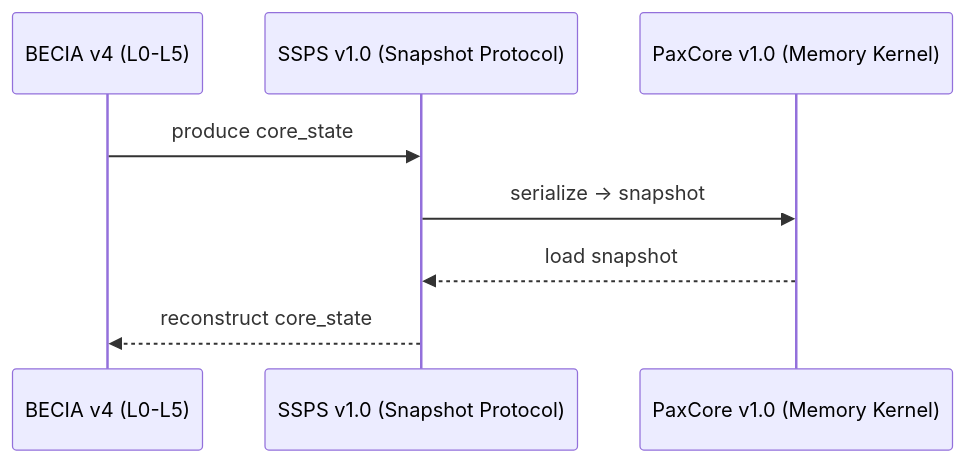
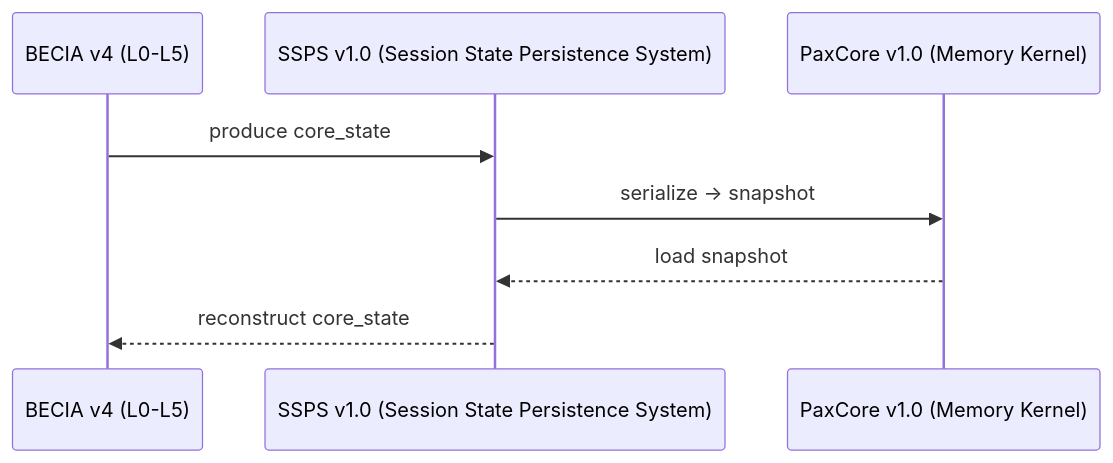
The diagram in docs/index.md (bAltherix/Profil-), drawn with Mermaid before and after one commit. The commit also changed other lines of this file, not shown here.

````diff
--- a/docs/index.md
+++ b/docs/index.md
@@ -28,12 +25,11 @@
 ```mermaid
 sequenceDiagram
     participant BECIA as BECIA v4 (L0-L5)
-    participant SSPS as SSPS v1.0 (Snapshot Protocol)
+    participant SSPS as SSPS v1.0 (Session State Persistence System)
     participant PaxCore as PaxCore v1.0 (Memory Kernel)
 
     BECIA->>SSPS: produce core_state
     SSPS->>PaxCore: serialize -> snapshot
     PaxCore-->>SSPS: load snapshot
     SSPS-->>BECIA: reconstruct core_state
-
 ```
````
